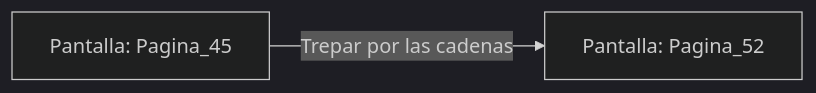
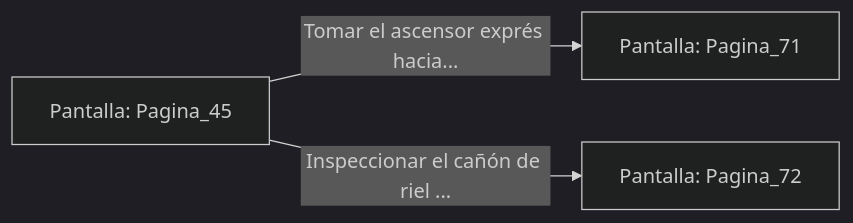
The diagram in sample/eligejuego-vault/Pantalla_Pagina_45.md (metsuke/mpl), drawn with Mermaid (dark theme) before and after one commit. The commit also changed other lines of this file and 635 other files, not shown here.

First line of the commit message:
fix: añadir Pagina_1 como pantalla inicial en capitulo_01.mpl

````diff
--- a/sample/eligejuego-vault/Pantalla_Pagina_45.md
+++ b/sample/eligejuego-vault/Pantalla_Pagina_45.md
@@ -14,5 +24,6 @@
 ```mermaid
 graph LR
     P_Pagina_45["Pantalla: Pagina_45"]
-    P_Pagina_45 -->|"Trepar por las cadenas"| P_Pagina_52["Pantalla: Pagina_52"]
+    P_Pagina_45 -->|"Tomar el ascensor exprés hacia..."| P_Pagina_71["Pantalla: Pagina_71"]
+    P_Pagina_45 -->|"Inspeccionar el cañón de riel ..."| P_Pagina_72["Pantalla: Pagina_72"]
 ```
````
